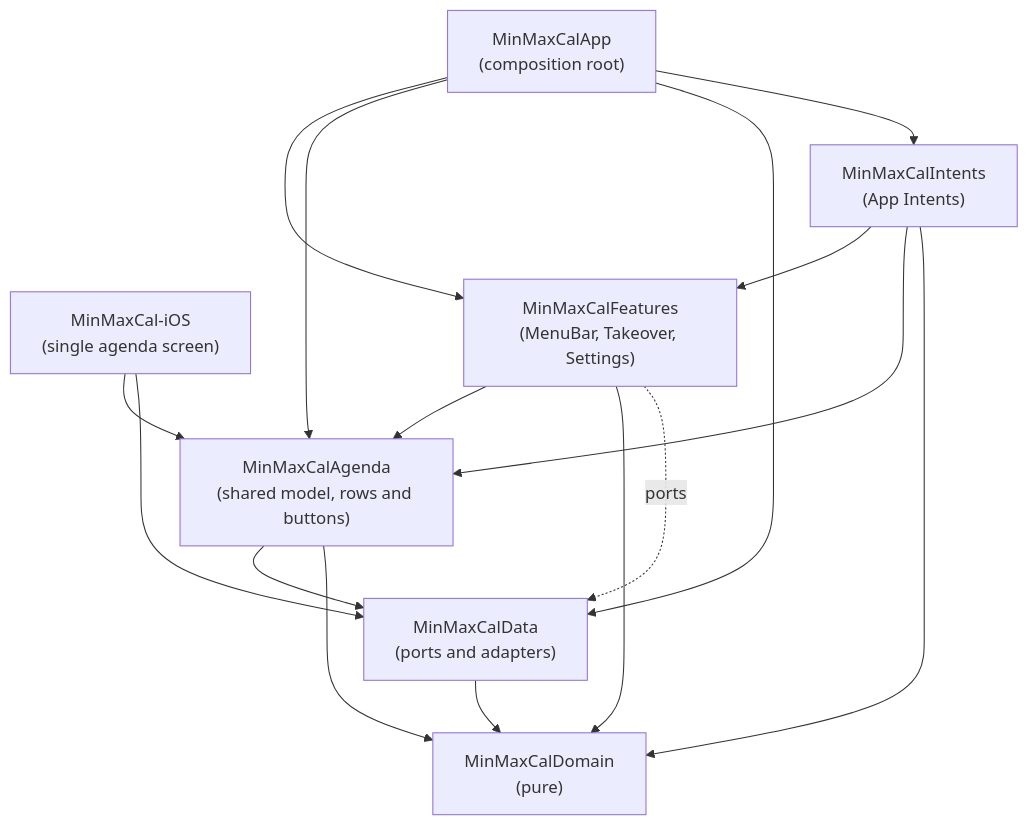
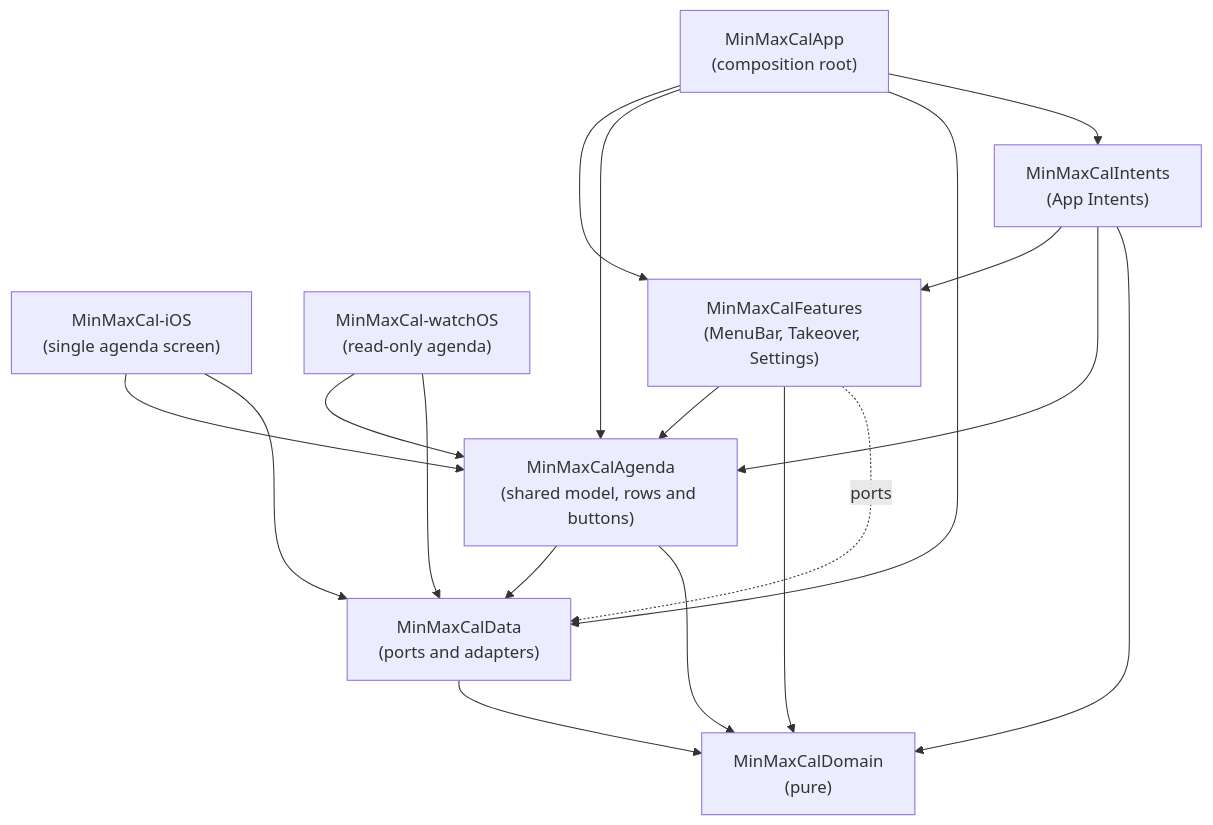
One commit to MikeMcQuaid/MinMaxCal changed the second of 2 diagrams in ARCHITECTURE.md. Above: the diagram before and after it, drawn with Mermaid. The commit also changed other lines of this file and 20 other files, not shown here.

First line of the commit message:
Add a read-only watchOS agenda

````diff
--- a/ARCHITECTURE.md
+++ b/ARCHITECTURE.md
@@ -186,18 +197,20 @@
 ```mermaid
 flowchart TD
     App["MinMaxCalApp<br/>(composition root)"]
     iOS["MinMaxCal-iOS<br/>(single agenda screen)"]
+    watchOS["MinMaxCal-watchOS<br/>(read-only agenda)"]
     Agenda["MinMaxCalAgenda<br/>(shared model, rows and buttons)"]
     Features["MinMaxCalFeatures<br/>(MenuBar, Takeover, Settings)"]
     Intents["MinMaxCalIntents<br/>(App Intents)"]
     Data["MinMaxCalData<br/>(ports and adapters)"]
     Domain["MinMaxCalDomain<br/>(pure)"]
 
     App --> Features & Agenda & Data & Intents
     iOS --> Agenda & Data
+    watchOS --> Agenda & Data
     Intents --> Features & Agenda & Domain
     Features --> Agenda & Domain
     Agenda --> Data & Domain
     Features -.->|ports| Data
     Data --> Domain
 ```
````
